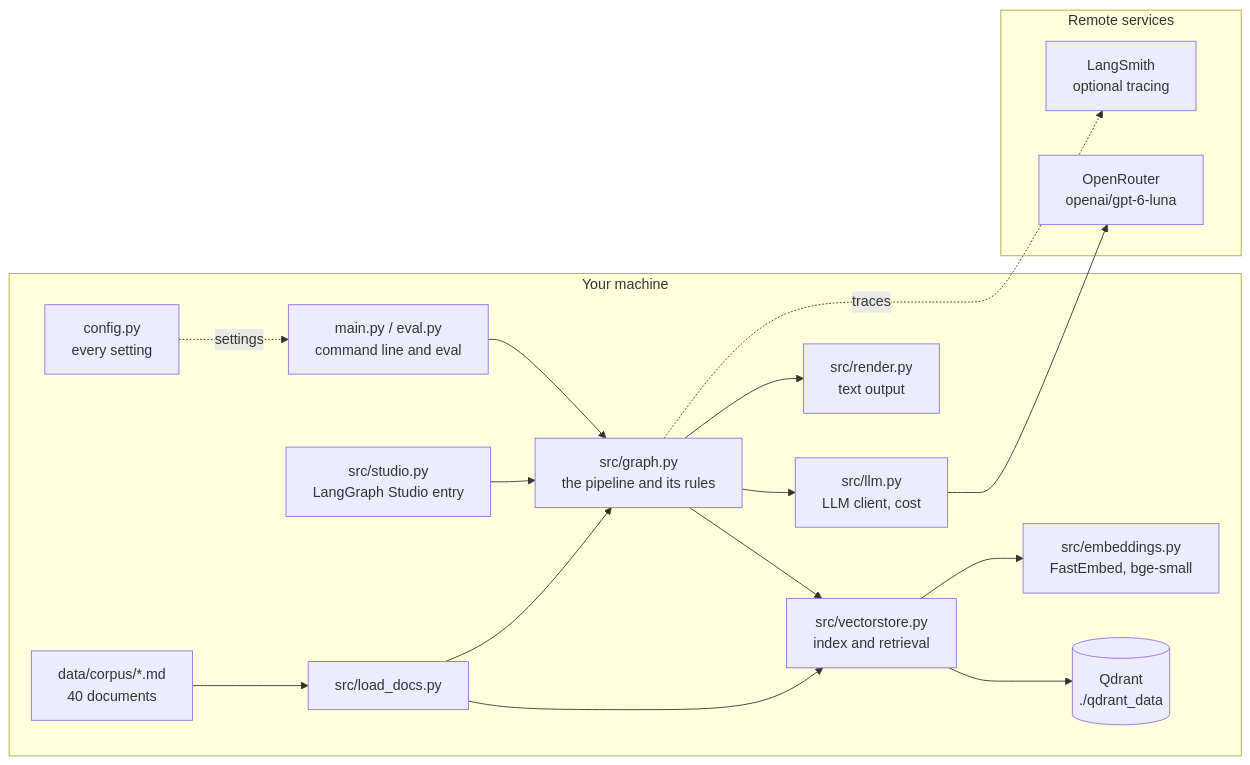
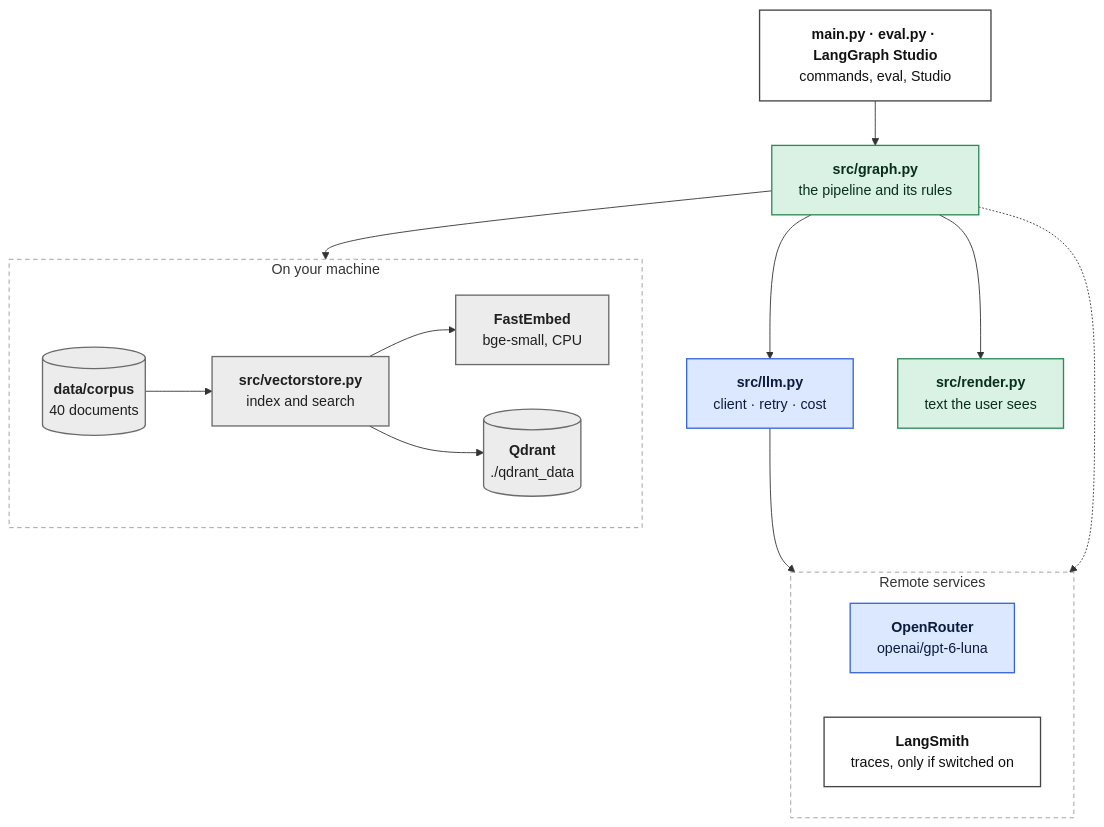
The first of 2 diagrams in docs/architecture.md (chrzanowski000/AICONIC-CRAG), drawn with Mermaid before and after one commit. The commit also changed other lines of this file and 11 other files, not shown here.

Commit message:
docs: remove obsolete history and redraw the system diagrams

````diff
--- a/docs/architecture.md
+++ b/docs/architecture.md
@@ -20,30 +20,35 @@
 ```mermaid
-flowchart LR
-  subgraph local[Your machine]
-    CLI[main.py / eval.py<br/>command line and eval]
-    STU[src/studio.py<br/>LangGraph Studio entry]
-    CFG[config.py<br/>every setting]
-    G[src/graph.py<br/>the pipeline and its rules]
-    VS[src/vectorstore.py<br/>index and retrieval]
-    EMB[src/embeddings.py<br/>FastEmbed, bge-small]
-    Q[(Qdrant<br/>./qdrant_data)]
-    DOCS[data/corpus/*.md<br/>40 documents]
-    LD[src/load_docs.py]
-    LLM[src/llm.py<br/>LLM client, cost]
-    R[src/render.py<br/>text output]
-  end
-  subgraph remote[Remote services]
-    OR[OpenRouter<br/>openai/gpt-6-luna]
-    LS[LangSmith<br/>optional tracing]
-  end
-  CLI --> G
-  STU --> G
-  CFG -. settings .-> CLI
-  G --> VS --> Q
-  VS --> EMB
-  DOCS --> LD --> VS
-  LD --> G
-  G --> LLM --> OR
-  G --> R
-  G -. traces .-> LS
+flowchart TB
+    CLI["<b>main.py · eval.py · LangGraph Studio</b><br/>commands, eval, Studio"]:::io
+    G["<b>src/graph.py</b><br/>the pipeline and its rules"]:::code
+    subgraph local [" On your machine "]
+        direction LR
+        VS["<b>src/vectorstore.py</b><br/>index and search"]:::local
+        EMB["<b>FastEmbed</b><br/>bge-small, CPU"]:::local
+        QD[("<b>Qdrant</b><br/>./qdrant_data")]:::local
+        DOCS[("<b>data/corpus</b><br/>40 documents")]:::local
+    end
+    LLM["<b>src/llm.py</b><br/>client · retry · cost"]:::llm
+    R["<b>src/render.py</b><br/>text the user sees"]:::code
+    subgraph remote [" Remote services "]
+        direction LR
+        OR["<b>OpenRouter</b><br/>openai/gpt-6-luna"]:::llm
+        LS["<b>LangSmith</b><br/>traces, only if switched on"]:::io
+    end
+    CLI --> G
+    G --> VS
+    G --> LLM
+    G --> R
+    DOCS --> VS
+    VS --> EMB
+    VS --> QD
+    LLM --> OR
+    G -.-> LS
+
+    classDef llm fill:#dbe8ff,stroke:#3867d6,stroke-width:1.5px,color:#0d1b3e
+    classDef code fill:#d9f2e3,stroke:#2e8b57,stroke-width:1.5px,color:#0b2e1a
+    classDef local fill:#ececec,stroke:#6b6b6b,stroke-width:1.5px,color:#1f1f1f
+    classDef io fill:#ffffff,stroke:#444444,stroke-width:1.5px,color:#111111
+    style local fill:transparent,stroke:#999999,stroke-dasharray:5 4
+    style remote fill:transparent,stroke:#999999,stroke-dasharray:5 4
 ```
````
